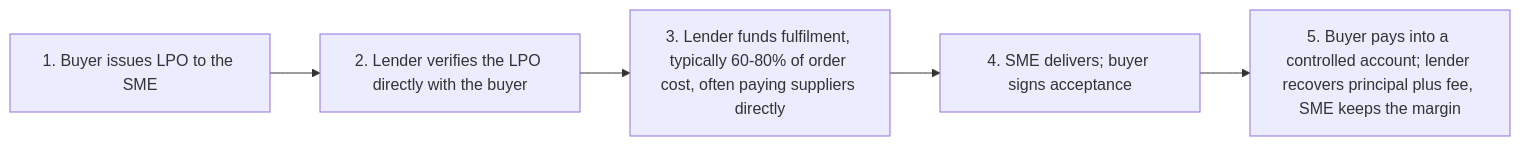
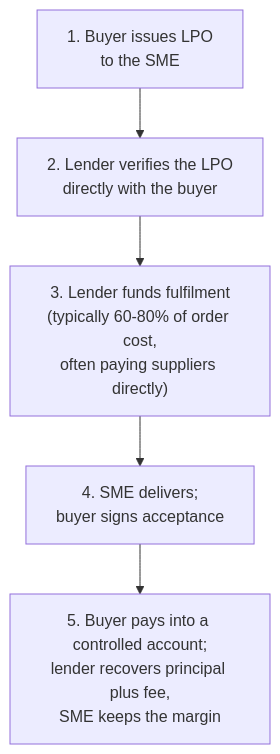
The diagram in Bengula-Jacob/content/banking-credit/lpo-purchase-order-finance-kenya.md (bengula/BengulaLive), drawn with Mermaid before and after one commit. The commit also changed 12 other files, not shown here.

Commit message:
improved mermaid syntax

````diff
--- a/Bengula-Jacob/content/banking-credit/lpo-purchase-order-finance-kenya.md
+++ b/Bengula-Jacob/content/banking-credit/lpo-purchase-order-finance-kenya.md
@@ -25,7 +25,7 @@
 ```mermaid
-flowchart LR
-  A["1. Buyer issues LPO to the SME"] --> B["2. Lender verifies the LPO directly with the buyer"]
-  B --> C["3. Lender funds fulfilment, typically 60-80% of order cost, often paying suppliers directly"]
-  C --> D["4. SME delivers; buyer signs acceptance"]
-  D --> E["5. Buyer pays into a controlled account; lender recovers principal plus fee, SME keeps the margin"]
+flowchart TD
+  A["1. Buyer issues LPO<br>to the SME"] --> B["2. Lender verifies the LPO<br>directly with the buyer"]
+  B --> C["3. Lender funds fulfilment<br>(typically 60-80% of order cost,<br>often paying suppliers directly)"]
+  C --> D["4. SME delivers;<br>buyer signs acceptance"]
+  D --> E["5. Buyer pays into a controlled account;<br>lender recovers principal plus fee,<br>SME keeps the margin"]
 ```
````
